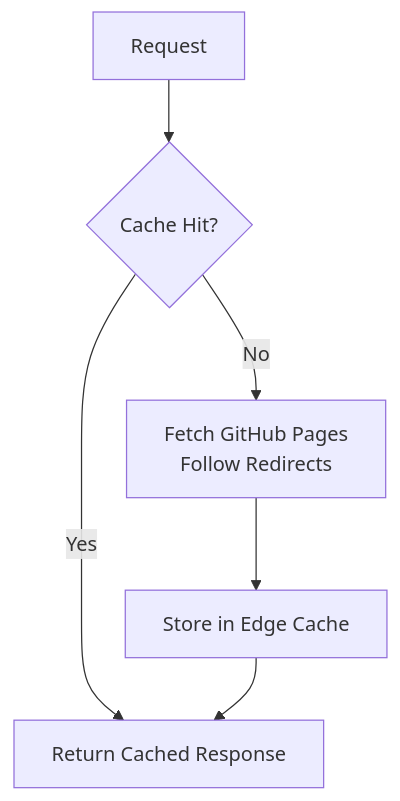
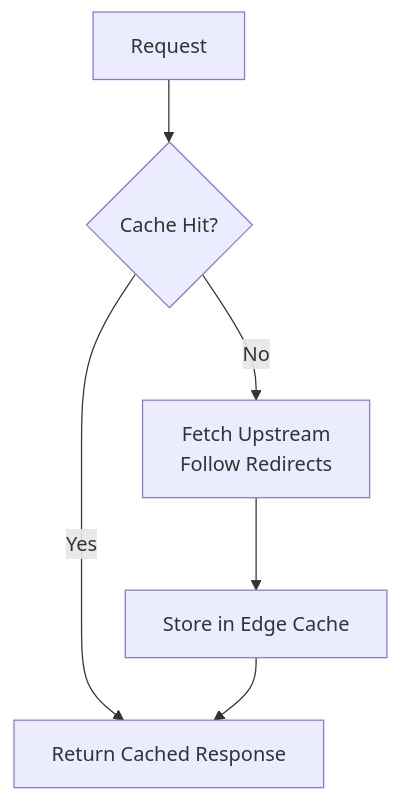
The third of 3 diagrams in README.md (wechaty/js.org), drawn with Mermaid before and after one commit. The commit also changed other lines of this file, not shown here.

Commit message:
docs: update README to reflect new Cloudflare Pages architecture and _worker.js implementation

````diff
--- a/README.md
+++ b/README.md
@@ -90,8 +100,8 @@
 ```mermaid
 flowchart TD
     A[Request] --> B{Cache Hit?}
     B -->|Yes| C[Return Cached Response]
-    B -->|No| D[Fetch GitHub Pages<br>Follow Redirects]
+    B -->|No| D[Fetch Upstream<br>Follow Redirects]
     D --> E[Store in Edge Cache]
     E --> C
 ```
````
